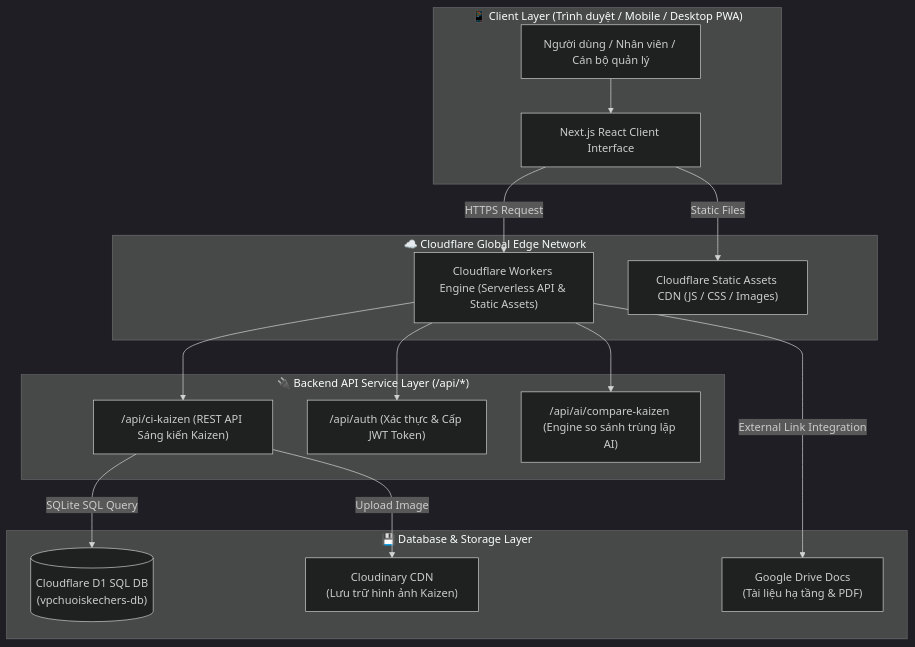
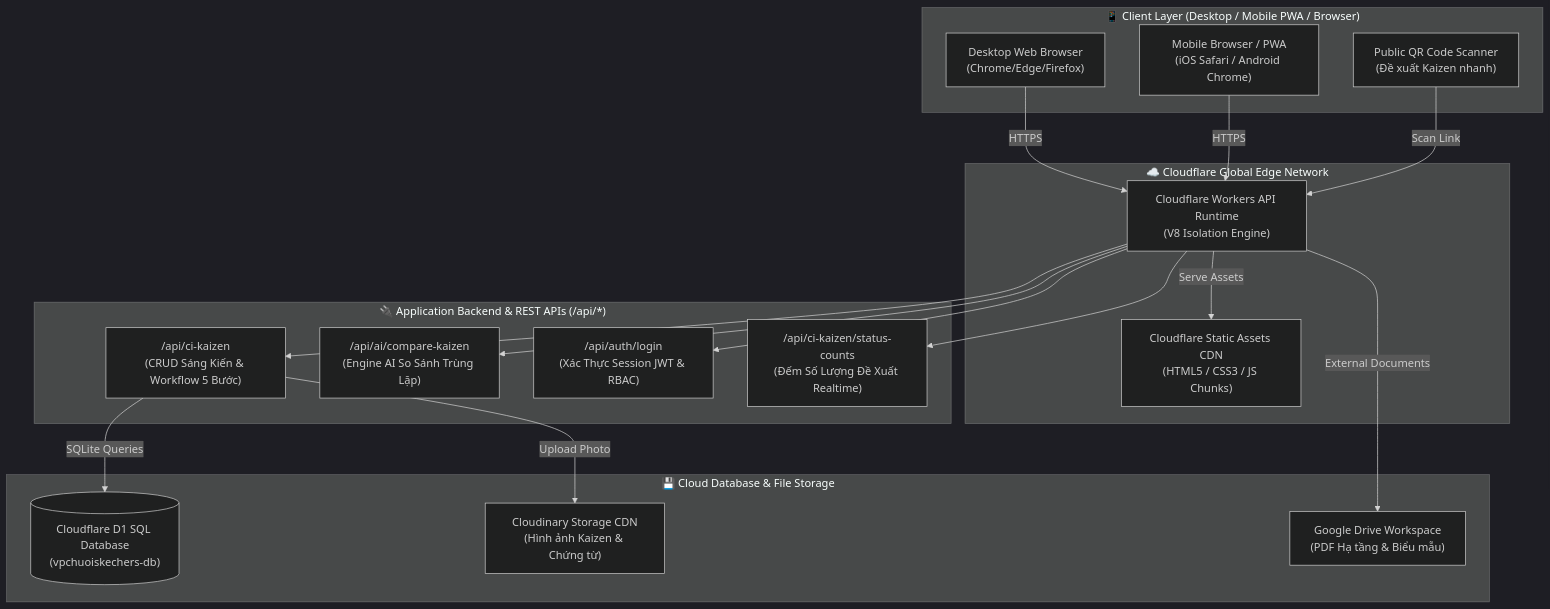
The first of 7 diagrams in README.md (tbsgroup2026/vpchuoiskechers), drawn with Mermaid (dark theme) before and after one commit. The commit also changed other lines of this file and 1 other file, not shown here.

Commit message:
docs: Expand README with comprehensive architecture, D1 DB schema, API reference and all sub-system flowcharts

````diff
--- a/README.md
+++ b/README.md
@@ -74,34 +89,40 @@
 ```mermaid
 flowchart TD
-    subgraph CLIENT_LAYER ["📱 Client Layer (Trình duyệt / Mobile / Desktop PWA)"]
-        User["Người dùng / Nhân viên / Cán bộ quản lý"]
-        Browser["Next.js React Client Interface"]
-        User --> Browser
+    subgraph CLIENT_LAYER ["📱 Client Layer (Desktop / Mobile PWA / Browser)"]
+        UserPC["Desktop Web Browser\n(Chrome/Edge/Firefox)"]
+        UserMobile["Mobile Browser / PWA\n(iOS Safari / Android Chrome)"]
+        UserQR["Public QR Code Scanner\n(Đề xuất Kaizen nhanh)"]
     end
 
-    subgraph EDGE_ROUTER ["☁️ Cloudflare Global Edge Network"]
-        CF_Worker["Cloudflare Workers Engine (Serverless API & Static Assets)"]
-        CF_Assets["Cloudflare Static Assets CDN (JS / CSS / Images)"]
-        Browser -->|HTTPS Request| CF_Worker
-        Browser -->|Static Files| CF_Assets
+    subgraph CDN_EDGE ["☁️ Cloudflare Global Edge Network"]
+        WorkerEngine["Cloudflare Workers API Runtime\n(V8 Isolation Engine)"]
+        AssetsCDN["Cloudflare Static Assets CDN\n(HTML5 / CSS3 / JS Chunks)"]
     end
 
-    subgraph API_ROUTER ["🔌 Backend API Service Layer (/api/*)"]
-        API_Kaizen["/api/ci-kaizen (REST API Sáng kiến Kaizen)"]
-        API_Auth["/api/auth (Xác thực & Cấp JWT Token)"]
-        API_AI["/api/ai/compare-kaizen (Engine so sánh trùng lặp AI)"]
-        CF_Worker --> API_Kaizen
-        CF_Worker --> API_Auth
-        CF_Worker --> API_AI
+    subgraph BACKEND_SERVICES ["🔌 Application Backend & REST APIs (/api/*)"]
+        API_Kaizen["/api/ci-kaizen\n(CRUD Sáng Kiến & Workflow 5 Bước)"]
+        API_AI["/api/ai/compare-kaizen\n(Engine AI So Sánh Trùng Lặp)"]
+        API_Auth["/api/auth/login\n(Xác Thực Session JWT & RBAC)"]
+        API_Counts["/api/ci-kaizen/status-counts\n(Đếm Số Lượng Đề Xuất Realtime)"]
     end
 
-    subgraph DATABASE_STORAGE ["💾 Database & Storage Layer"]
-        D1_DB[("Cloudflare D1 SQL DB\n(vpchuoiskechers-db)")]
-        Cloudinary["Cloudinary CDN\n(Lưu trữ hình ảnh Kaizen)"]
-        GDrive["Google Drive Docs\n(Tài liệu hạ tầng & PDF)"]
-        
-        API_Kaizen -->|SQLite SQL Query| D1_DB
-        API_Kaizen -->|Upload Image| Cloudinary
-        CF_Worker -->|External Link Integration| GDrive
+    subgraph DATA_STORAGE ["💾 Cloud Database & File Storage"]
+        D1_DB[("Cloudflare D1 SQL Database\n(vpchuoiskechers-db)")]
+        CloudinaryCDN["Cloudinary Storage CDN\n(Hình ảnh Kaizen & Chứng từ)"]
+        GDriveDocs["Google Drive Workspace\n(PDF Hạ tầng & Biểu mẫu)"]
     end
+
+    UserPC -->|HTTPS| WorkerEngine
+    UserMobile -->|HTTPS| WorkerEngine
+    UserQR -->|Scan Link| WorkerEngine
+
+    WorkerEngine -->|Serve Assets| AssetsCDN
+    WorkerEngine --> API_Kaizen
+    WorkerEngine --> API_AI
+    WorkerEngine --> API_Auth
+    WorkerEngine --> API_Counts
+
+    API_Kaizen -->|SQLite Queries| D1_DB
+    API_Kaizen -->|Upload Photo| CloudinaryCDN
+    WorkerEngine -->|External Documents| GDriveDocs
 ```
````
